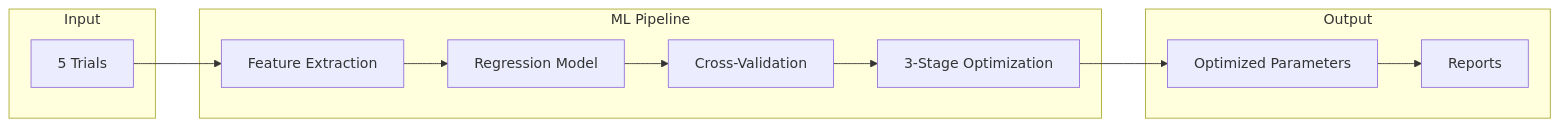
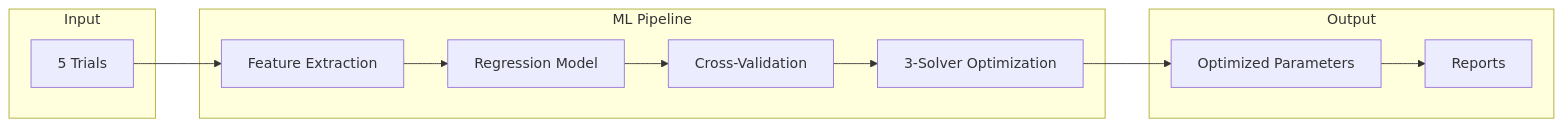
The first of 4 diagrams in PROJECT_OVERVIEW.md (MHA-FinalProject/AquaGuardian), drawn with Mermaid before and after one commit. The commit also changed other lines of this file and 751 other files, not shown here.

````diff
--- a/PROJECT_OVERVIEW.md
+++ b/PROJECT_OVERVIEW.md
@@ -20,25 +22,25 @@
 ```mermaid
 flowchart LR
     A[5 Trials] --> B[Feature Extraction]
     B --> C[Regression Model]
     C --> D[Cross-Validation]
-    D --> E[3-Stage Optimization]
+    D --> E[3-Solver Optimization]
     E --> F[Optimized Parameters]
     F --> G[Reports]
 
     subgraph "Input"
         A
     end
 
     subgraph "ML Pipeline"
         B
         C
         D
         E
     end
 
     subgraph "Output"
         F
         G
     end
 ```
````
